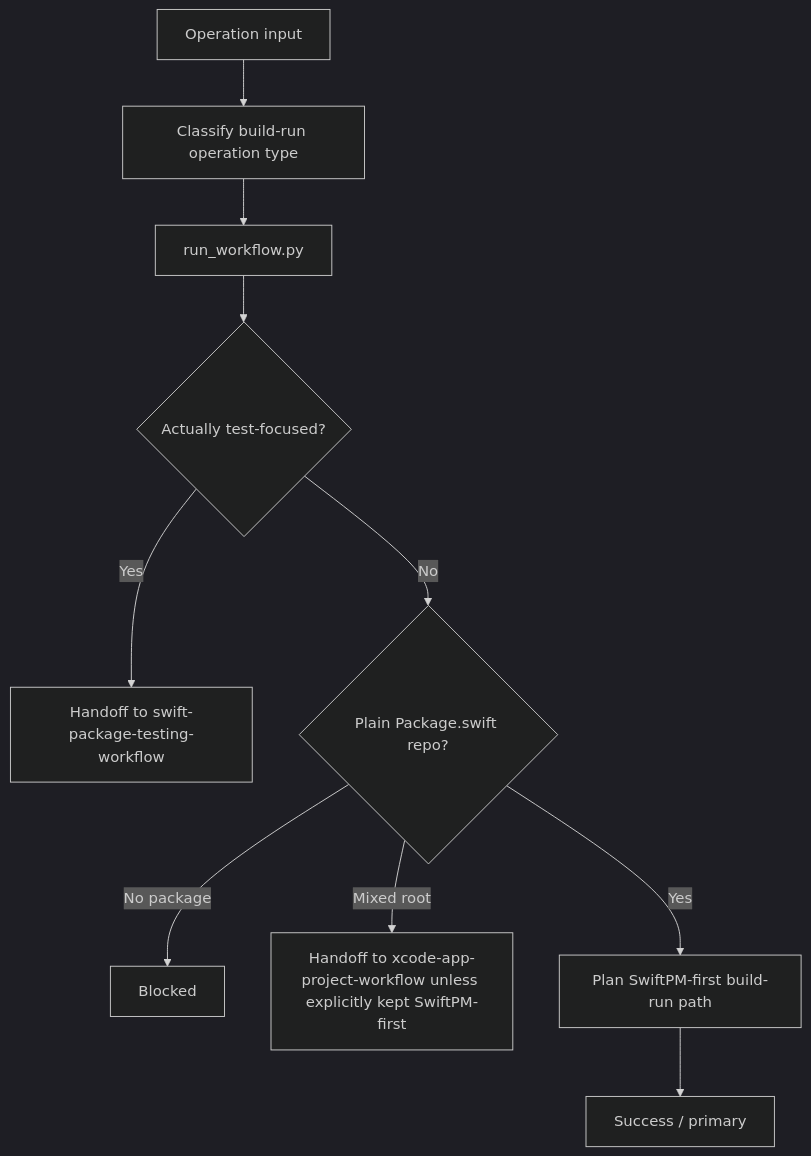
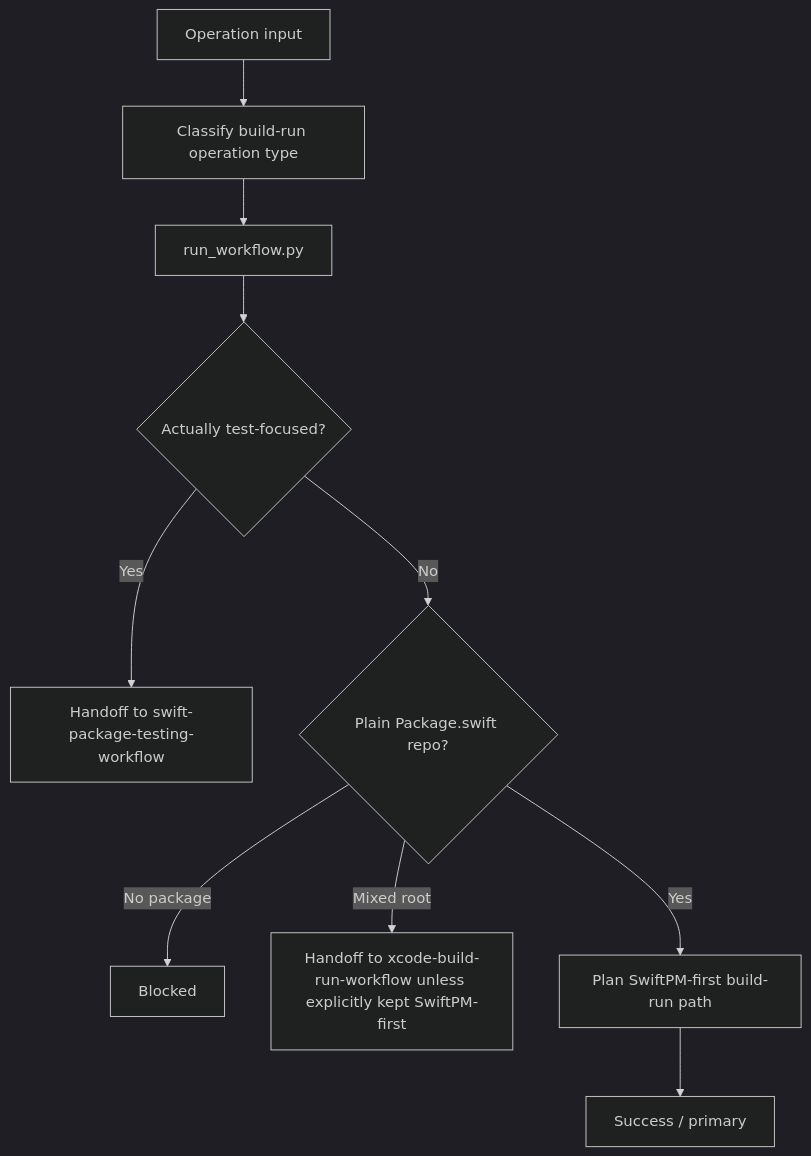
One commit to gaelic-ghost/apple-dev-skills changed the third of 12 diagrams in docs/maintainers/workflow-atlas.md. Above: the diagram before and after it, drawn with Mermaid (dark theme). The commit also changed other lines of this file and 109 other files, not shown here.

Commit message:
Split Xcode workflow by execution concern

````diff
--- a/docs/maintainers/workflow-atlas.md
+++ b/docs/maintainers/workflow-atlas.md
@@ -232,12 +277,12 @@
 ```mermaid
 flowchart TD
     I["Operation input"] --> C["Classify build-run operation type"]
     C --> RW["run_workflow.py"]
     RW --> TESTLIKE{"Actually test-focused?"}
     TESTLIKE -->|Yes| HO1["Handoff to swift-package-testing-workflow"]
     TESTLIKE -->|No| DETECT{"Plain Package.swift repo?"}
     DETECT -->|No package| BL["Blocked"]
-    DETECT -->|Mixed root| HO2["Handoff to xcode-app-project-workflow unless explicitly kept SwiftPM-first"]
+    DETECT -->|Mixed root| HO2["Handoff to xcode-build-run-workflow unless explicitly kept SwiftPM-first"]
     DETECT -->|Yes| CMD["Plan SwiftPM-first build-run path"]
     CMD --> OUT["Success / primary"]
 ```
````
